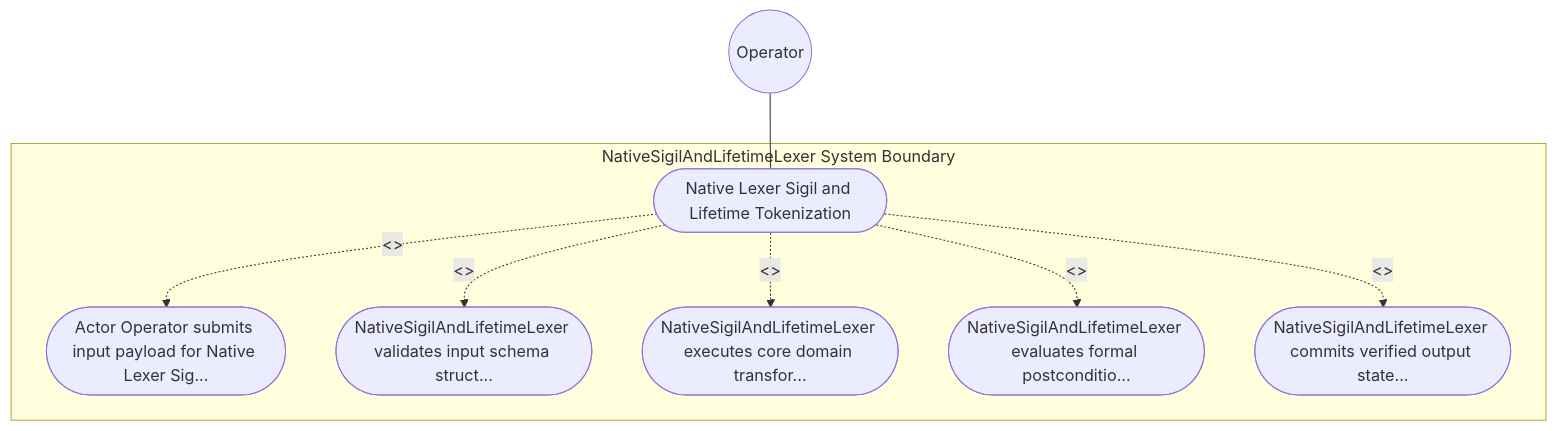
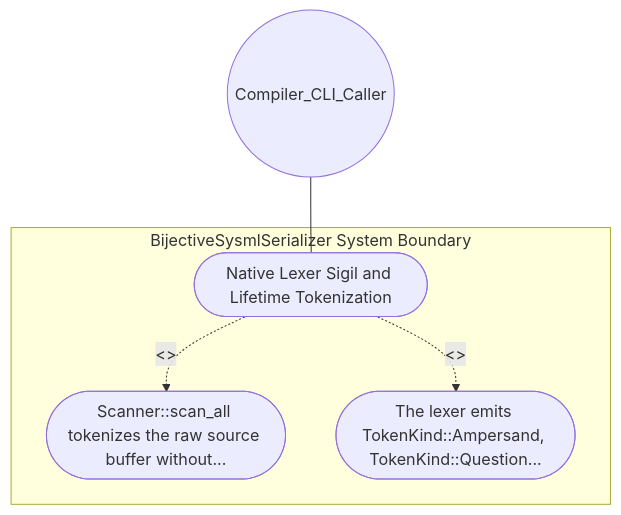
One commit to gintatkinson/DEAP01-spec-core changed the diagram in .pipeline/upstream/docs/use-cases/UC-11-Native_Lexer_Sigil_and_Lifetime_Tokenization.md. Above: the diagram before and after it, drawn with Mermaid. The commit also changed other lines of this file and 213 other files, not shown here.

````diff
--- a/.pipeline/upstream/docs/use-cases/UC-11-Native_Lexer_Sigil_and_Lifetime_Tokenization.md
+++ b/.pipeline/upstream/docs/use-cases/UC-11-Native_Lexer_Sigil_and_Lifetime_Tokenization.md
@@ -16,17 +16,11 @@
 ```mermaid
 graph TD
-    subgraph "NativeSigilAndLifetimeLexer System Boundary"
+    subgraph "BijectiveSysmlSerializer System Boundary"
         UC_Main(["Native Lexer Sigil and Lifetime Tokenization"])
-        UC_Step01(["Actor Operator submits input payload for Native Lexer Sig..."])
-        UC_Step02(["NativeSigilAndLifetimeLexer validates input schema struct..."])
-        UC_Step03(["NativeSigilAndLifetimeLexer executes core domain transfor..."])
-        UC_Step04(["NativeSigilAndLifetimeLexer evaluates formal postconditio..."])
-        UC_Step05(["NativeSigilAndLifetimeLexer commits verified output state..."])
+        UC_Step01(["Scanner::scan_all tokenizes the raw source buffer without..."])
+        UC_Step02(["The lexer emits TokenKind::Ampersand, TokenKind::Question..."])
     end
-    Operator(("Operator")) --- UC_Main
+    Compiler_CLI_Caller(("Compiler_CLI_Caller")) --- UC_Main
     UC_Main -. "<<include>>" .-> UC_Step01
     UC_Main -. "<<include>>" .-> UC_Step02
-    UC_Main -. "<<include>>" .-> UC_Step03
-    UC_Main -. "<<include>>" .-> UC_Step04
-    UC_Main -. "<<include>>" .-> UC_Step05
 ```
````
